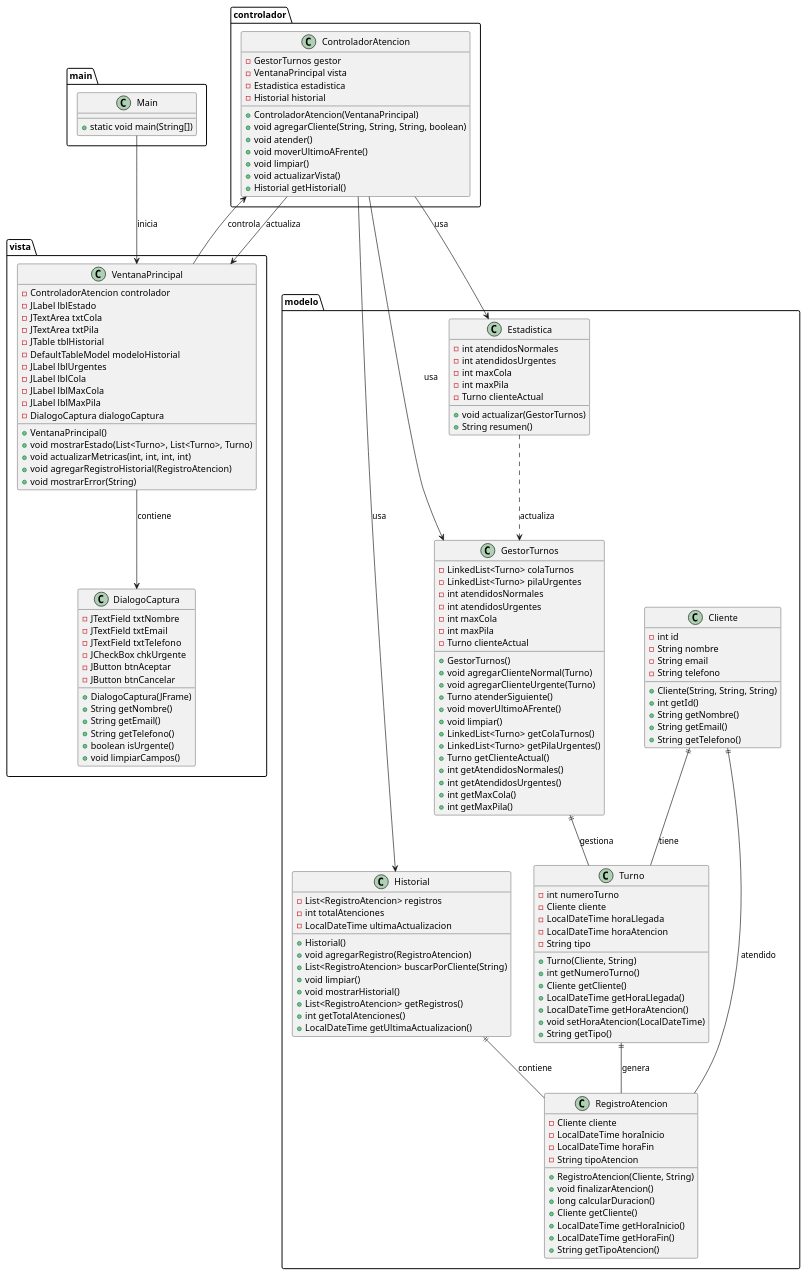
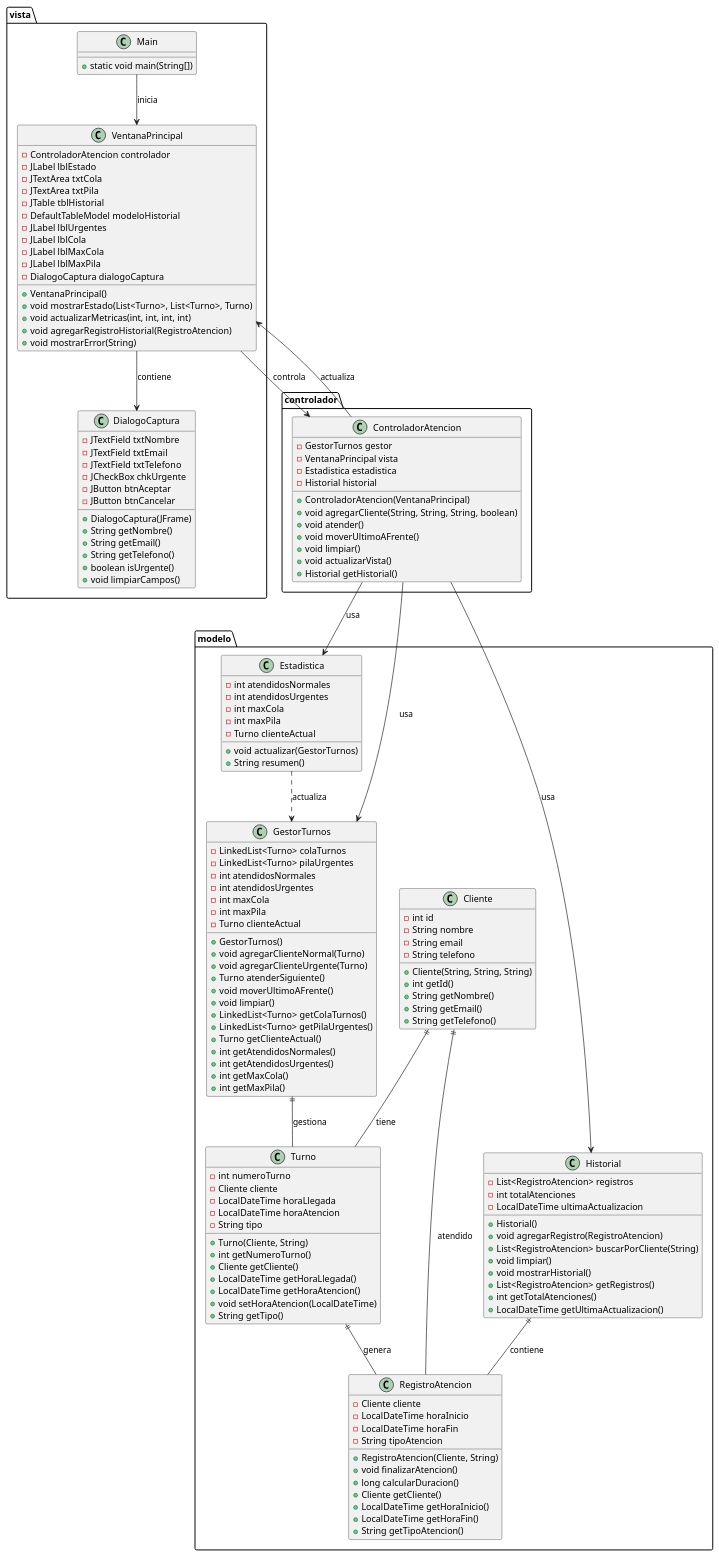
The diagram in class_diagram.puml (andrespitta414/linked-list-turnos), drawn with PlantUML before and after one commit. The commit also changed 13 other files, not shown here.

```diff
--- a/class_diagram.puml
+++ b/class_diagram.puml
@@ -1,165 +1,165 @@
 @startuml Class Diagram - Simulador de Turnos
 
 package modelo {
     class Cliente {
         - int id
         - String nombre
         - String email
         - String telefono
         + Cliente(String, String, String)
         + int getId()
         + String getNombre()
         + String getEmail()
         + String getTelefono()
     }
 
     class Turno {
         - int numeroTurno
         - Cliente cliente
         - LocalDateTime horaLlegada
         - LocalDateTime horaAtencion
         - String tipo
         + Turno(Cliente, String)
         + int getNumeroTurno()
         + Cliente getCliente()
         + LocalDateTime getHoraLlegada()
         + LocalDateTime getHoraAtencion()
         + void setHoraAtencion(LocalDateTime)
         + String getTipo()
     }
 
     class RegistroAtencion {
         - Cliente cliente
         - LocalDateTime horaInicio
         - LocalDateTime horaFin
         - String tipoAtencion
         + RegistroAtencion(Cliente, String)
         + void finalizarAtencion()
         + long calcularDuracion()
         + Cliente getCliente()
         + LocalDateTime getHoraInicio()
         + LocalDateTime getHoraFin()
         + String getTipoAtencion()
     }
 
     class Estadistica {
         - int atendidosNormales
         - int atendidosUrgentes
         - int maxCola
         - int maxPila
         - Turno clienteActual
         + void actualizar(GestorTurnos)
         + String resumen()
     }
 
     class Historial {
         - List<RegistroAtencion> registros
         - int totalAtenciones
         - LocalDateTime ultimaActualizacion
         + Historial()
         + void agregarRegistro(RegistroAtencion)
         + List<RegistroAtencion> buscarPorCliente(String)
         + void limpiar()
         + void mostrarHistorial()
         + List<RegistroAtencion> getRegistros()
         + int getTotalAtenciones()
         + LocalDateTime getUltimaActualizacion()
     }
 
     class GestorTurnos {
         - LinkedList<Turno> colaTurnos
         - LinkedList<Turno> pilaUrgentes
         - int atendidosNormales
         - int atendidosUrgentes
         - int maxCola
         - int maxPila
         - Turno clienteActual
         + GestorTurnos()
         + void agregarClienteNormal(Turno)
         + void agregarClienteUrgente(Turno)
         + Turno atenderSiguiente()
         + void moverUltimoAFrente()
         + void limpiar()
         + LinkedList<Turno> getColaTurnos()
         + LinkedList<Turno> getPilaUrgentes()
         + Turno getClienteActual()
         + int getAtendidosNormales()
         + int getAtendidosUrgentes()
         + int getMaxCola()
         + int getMaxPila()
     }
 }
 
 package controlador {
     class ControladorAtencion {
         - GestorTurnos gestor
         - VentanaPrincipal vista
         - Estadistica estadistica
         - Historial historial
         + ControladorAtencion(VentanaPrincipal)
         + void agregarCliente(String, String, String, boolean)
         + void atender()
         + void moverUltimoAFrente()
         + void limpiar()
         + void actualizarVista()
         + Historial getHistorial()
     }
 }
 
 package vista {
     class VentanaPrincipal {
         - ControladorAtencion controlador
         - JLabel lblEstado
         - JTextArea txtCola
         - JTextArea txtPila
         - JTable tblHistorial
         - DefaultTableModel modeloHistorial
         - JLabel lblUrgentes
         - JLabel lblCola
         - JLabel lblMaxCola
         - JLabel lblMaxPila
         - DialogoCaptura dialogoCaptura
         + VentanaPrincipal()
         + void mostrarEstado(List<Turno>, List<Turno>, Turno)
         + void actualizarMetricas(int, int, int, int)
         + void agregarRegistroHistorial(RegistroAtencion)
         + void mostrarError(String)
     }
 
     class DialogoCaptura {
         - JTextField txtNombre
         - JTextField txtEmail
         - JTextField txtTelefono
         - JCheckBox chkUrgente
         - JButton btnAceptar
         - JButton btnCancelar
         + DialogoCaptura(JFrame)
         + String getNombre()
         + String getEmail()
         + String getTelefono()
         + boolean isUrgente()
         + void limpiarCampos()
     }
 }
 
-package main {
+package vista {
     class Main {
         + static void main(String[])
     }
 }
 
 Cliente ||-- Turno : tiene
 Cliente ||-- RegistroAtencion : atendido
 Turno ||-- RegistroAtencion : genera
 GestorTurnos ||-- Turno : gestiona
 Estadistica ..> GestorTurnos : actualiza
 Historial ||-- RegistroAtencion : contiene
 ControladorAtencion --> GestorTurnos : usa
 ControladorAtencion --> Estadistica : usa
 ControladorAtencion --> Historial : usa
 ControladorAtencion --> VentanaPrincipal : actualiza
 VentanaPrincipal --> ControladorAtencion : controla
 VentanaPrincipal --> DialogoCaptura : contiene
 Main --> VentanaPrincipal : inicia
 
 @enduml
```
